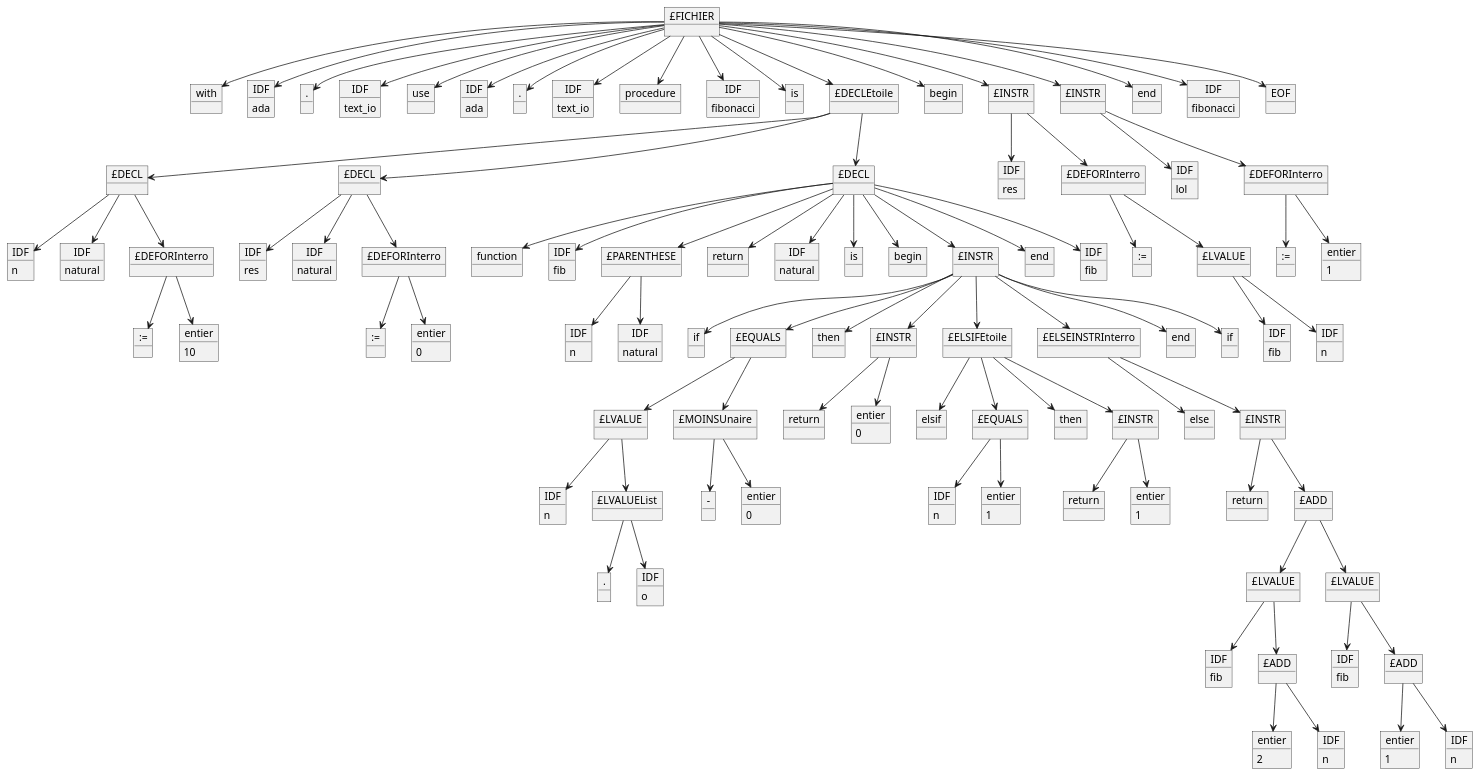
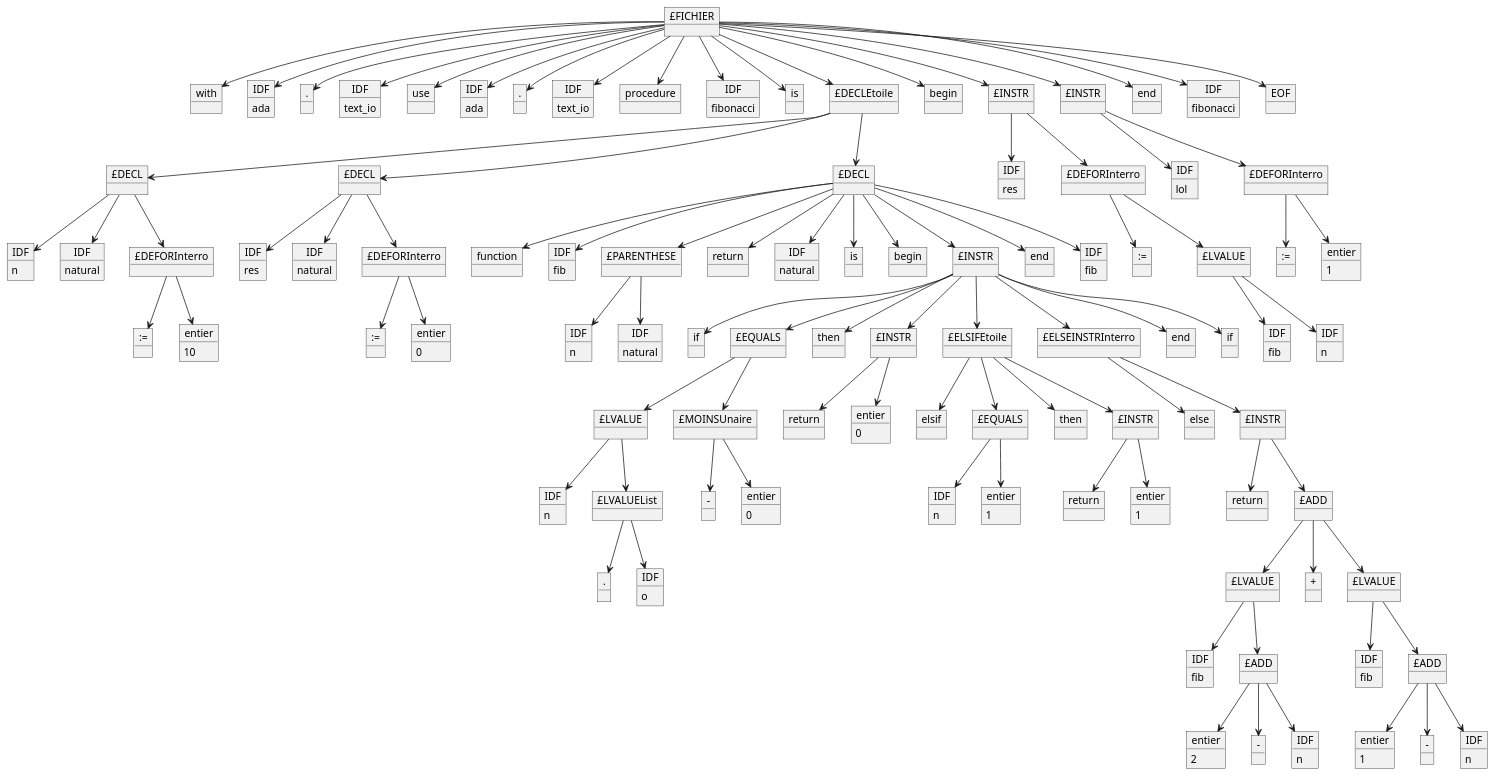
One commit to LeBoufty/pcl changed the diagram in Programmes/Fonctionne/fibonaccii.adb.puml. Above: the diagram before and after it, drawn with PlantUML. The commit also changed 9 other files, not shown here.

```diff
--- a/Programmes/Fonctionne/fibonaccii.adb.puml
+++ b/Programmes/Fonctionne/fibonaccii.adb.puml
@@ -113,21 +113,24 @@
 object "IDF" as 84
 84 : o
 object "£LVALUE" as 85
-object "£LVALUE" as 86
-object "IDF" as 87
-87 : fib
-object "£ADD" as 88
-object "IDF" as 89
-89 : fib
-object "£ADD" as 90
-object "entier" as 91
-91 : 2
-object "IDF" as 92
-92 : n
-object "entier" as 93
-93 : 1
+object "+" as 86
+object "£LVALUE" as 87
+object "IDF" as 88
+88 : fib
+object "£ADD" as 89
+object "IDF" as 90
+90 : fib
+object "£ADD" as 91
+object "entier" as 92
+92 : 2
+object "-" as 93
 object "IDF" as 94
 94 : n
+object "entier" as 95
+95 : 1
+object "-" as 96
+object "IDF" as 97
+97 : n
 1 -down-> 2
 1 -down-> 3
 1 -down-> 4
@@ -213,12 +216,15 @@
 74 -down-> 84
 82 -down-> 85
 82 -down-> 86
-85 -down-> 87
+82 -down-> 87
 85 -down-> 88
-86 -down-> 89
-86 -down-> 90
-88 -down-> 91
-88 -down-> 92
-90 -down-> 93
-90 -down-> 94
+85 -down-> 89
+87 -down-> 90
+87 -down-> 91
+89 -down-> 92
+89 -down-> 93
+89 -down-> 94
+91 -down-> 95
+91 -down-> 96
+91 -down-> 97
 @enduml
```
